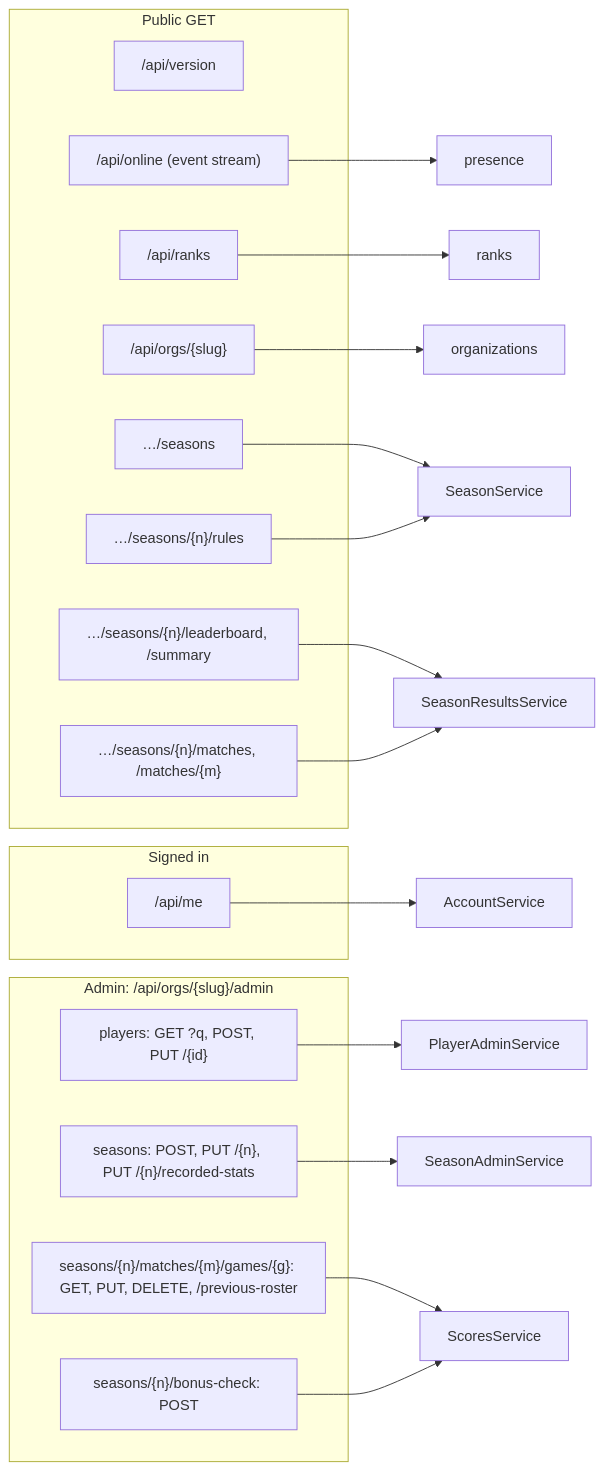
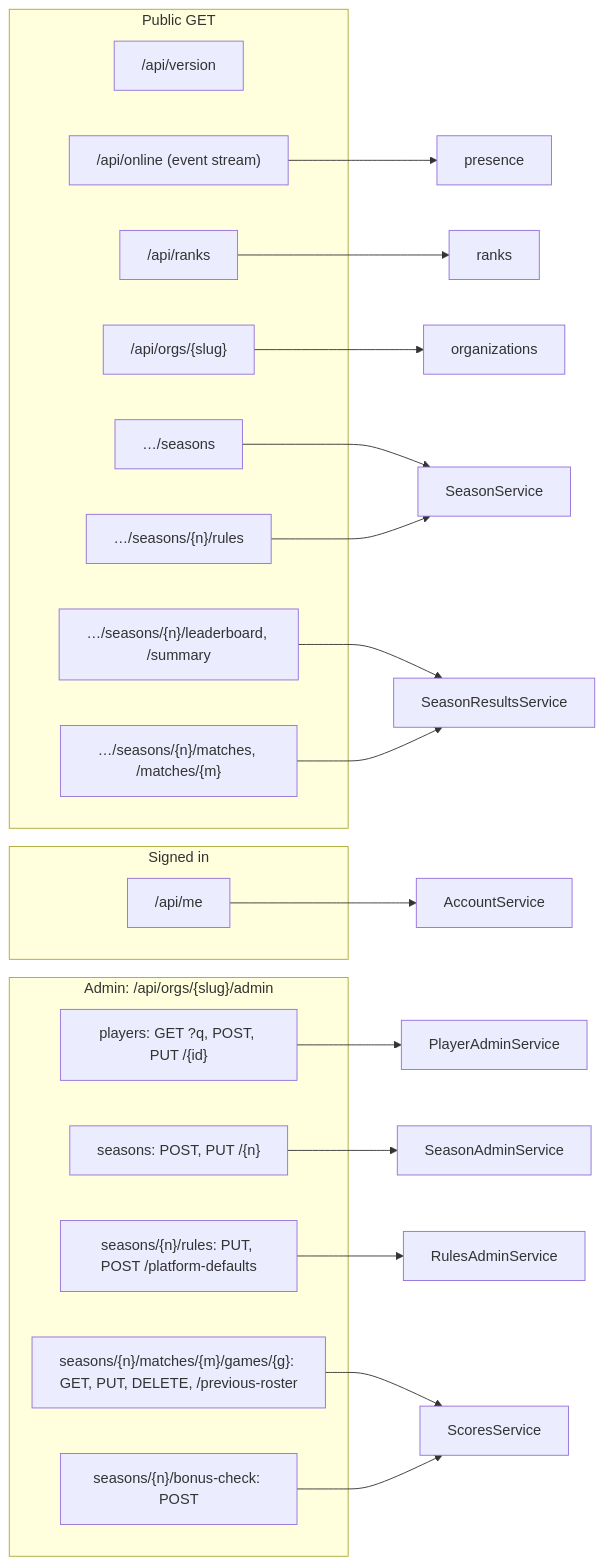
One commit to irmahs-labs/tournament-leaderboard changed the fourth of 7 diagrams in docs/context-graph.md. Above: the diagram before and after it, drawn with Mermaid. The commit also changed other lines of this file and 53 other files, not shown here.

````diff
--- a/docs/context-graph.md
+++ b/docs/context-graph.md
@@ -84,31 +84,33 @@
 ```mermaid
 flowchart LR
     subgraph public[Public GET]
         v["/api/version"]
         on["/api/online (event stream)"]
         r["/api/ranks"]
         o["/api/orgs/{slug}"]
         sl["…/seasons"]
         sr["…/seasons/{n}/rules"]
         lb["…/seasons/{n}/leaderboard, /summary"]
         ml["…/seasons/{n}/matches, /matches/{m}"]
     end
     subgraph signedin[Signed in]
         me["/api/me"]
     end
     subgraph admin["Admin: /api/orgs/{slug}/admin"]
         ap["players: GET ?q, POST, PUT /{id}"]
-        as["seasons: POST, PUT /{n}, PUT /{n}/recorded-stats"]
+        as["seasons: POST, PUT /{n}"]
+        ru["seasons/{n}/rules: PUT, POST /platform-defaults"]
         sc["seasons/{n}/matches/{m}/games/{g}: GET, PUT, DELETE, /previous-roster"]
         bc["seasons/{n}/bonus-check: POST"]
     end
     r --> ranks
     on --> presence
     o --> organizations
     sl & sr --> SeasonService
     lb & ml --> SeasonResultsService
     me --> AccountService
     ap --> PlayerAdminService
     as --> SeasonAdminService
     sc & bc --> ScoresService
+    ru --> RulesAdminService
 ```
````
